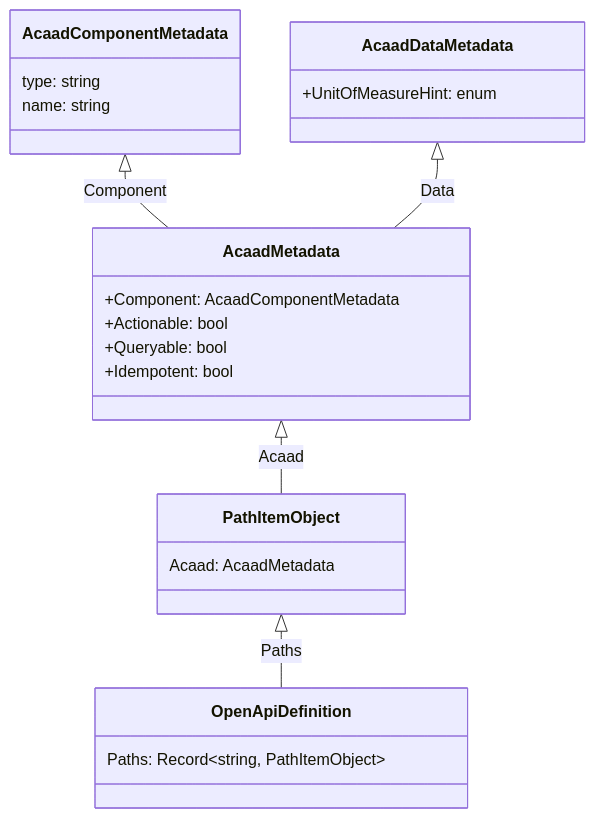
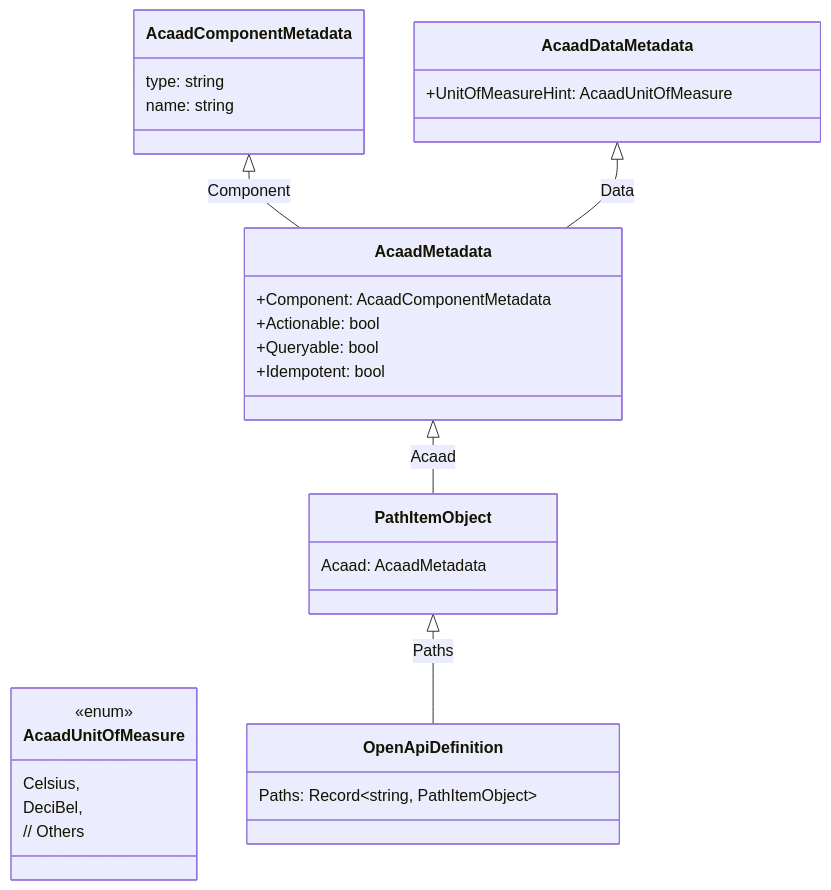
The first of 2 diagrams in Documentation/Development/README.md (OlliMartin/wndw.ctl.typescript), drawn with Mermaid before and after one commit. The commit also changed other lines of this file, not shown here.

Commit message:
All but Cs2Acaad sync done

````diff
--- a/Documentation/Development/README.md
+++ b/Documentation/Development/README.md
@@ -257,35 +257,42 @@
 ``` mermaid
 classDiagram
 direction BT
 
 class AcaadComponentMetadata {
   type: string
   name: string
 }
 
+class AcaadUnitOfMeasure {
+  <<enum>>
+  Celsius,
+  DeciBel,
+  // Others
+}
+
 class AcaadDataMetadata {
-  +UnitOfMeasureHint: enum
+  +UnitOfMeasureHint: AcaadUnitOfMeasure
 }
 
 class AcaadMetadata {
    +Component: AcaadComponentMetadata
    +Actionable: bool
    +Queryable: bool
    +Idempotent: bool
 }
 
 AcaadMetadata --|> AcaadComponentMetadata : Component
 AcaadMetadata --|> AcaadDataMetadata : Data
 
 class PathItemObject {
   Acaad: AcaadMetadata
 }
 
 PathItemObject --|>  AcaadMetadata : Acaad
 
 class OpenApiDefinition {
   Paths: Record~string, PathItemObject~
 }
 
 OpenApiDefinition --|> PathItemObject : Paths
 ```
````
